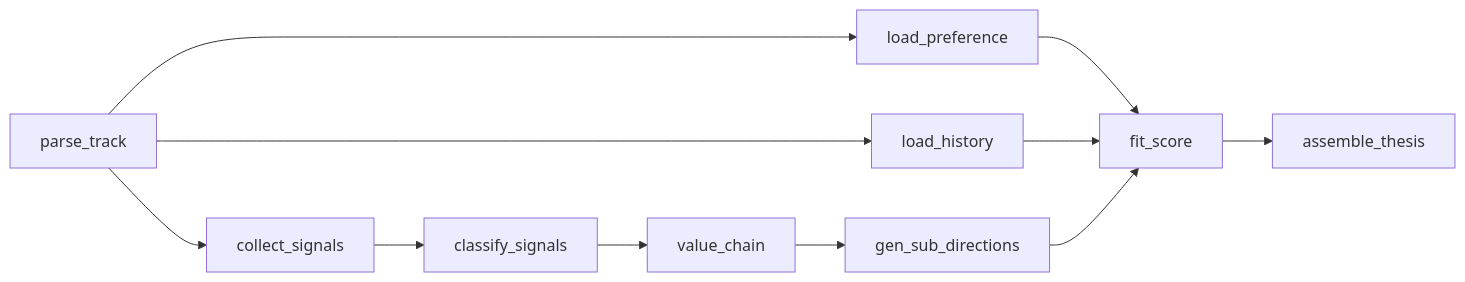
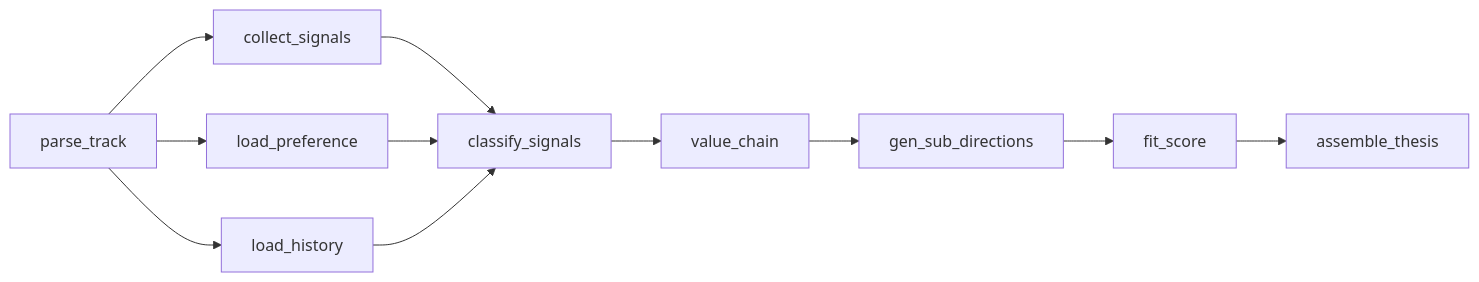
Before and after one commit to taoshi1999/AtomCAP: the fourth of 9 diagrams in README.md, drawn with Mermaid. The commit also changed other lines of this file and 23 other files, not shown here.

````diff
--- a/README.md
+++ b/README.md
@@ -247,13 +249,13 @@
 ```mermaid
 flowchart LR
   A["parse_track"] --> B["collect_signals"]
   A --> C["load_preference"]
   A --> D["load_history"]
   B --> E["classify_signals"]
-  C --> H["fit_score"]
-  D --> H
+  C --> E
+  D --> E
   E --> F["value_chain"]
   F --> G["gen_sub_directions"]
-  G --> H
+  G --> H["fit_score"]
   H --> I["assemble_thesis"]
 ```
````
